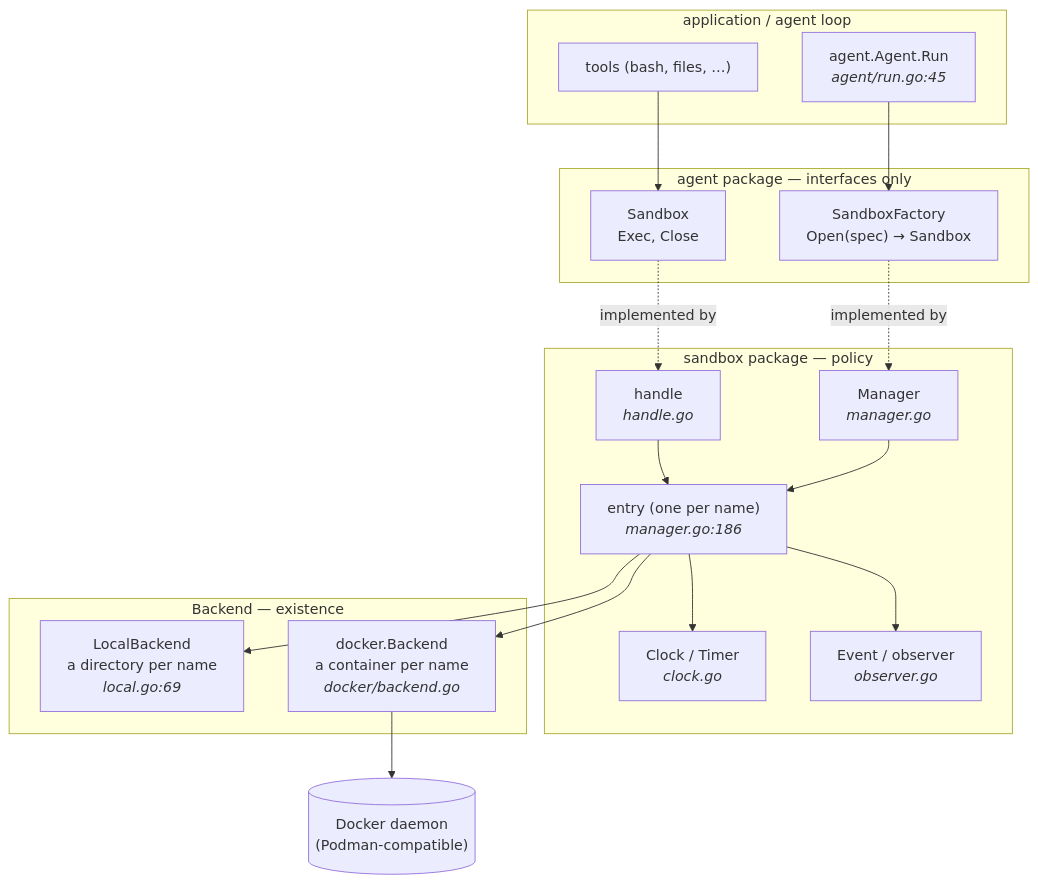
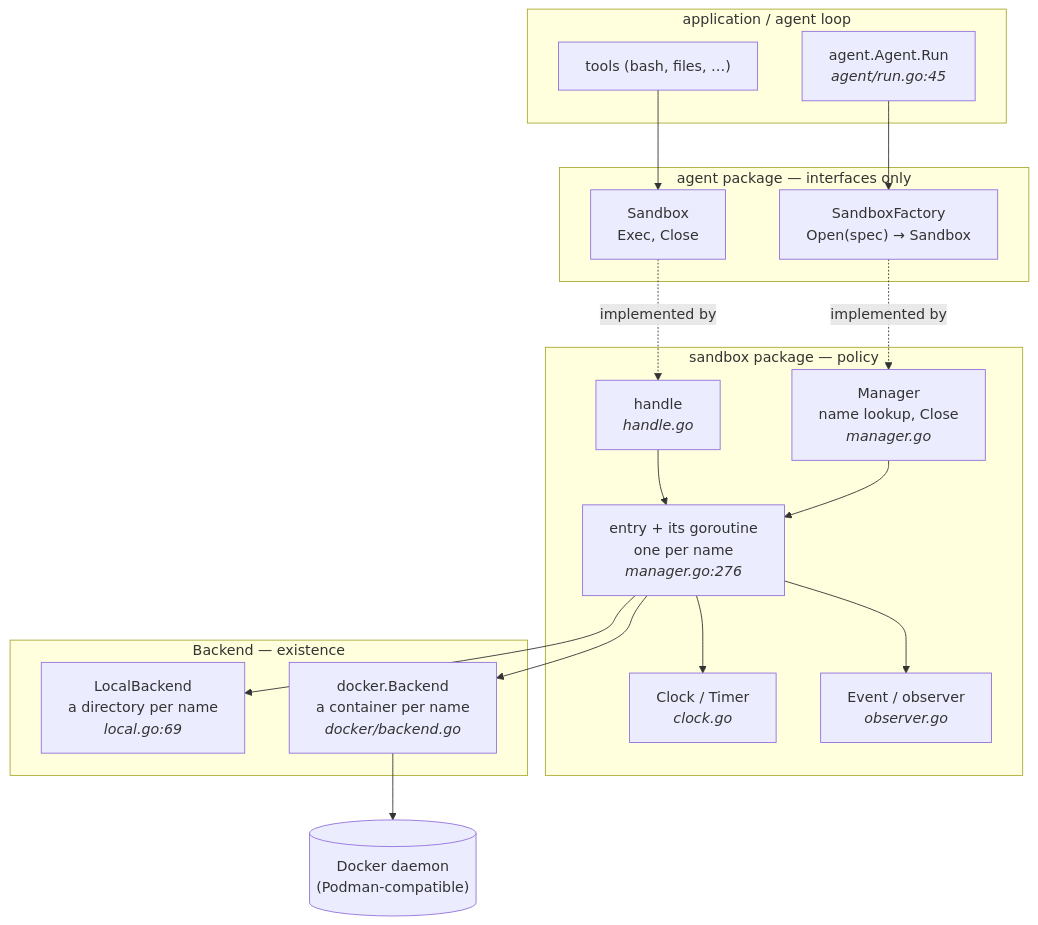
The first of 12 diagrams in docs/sandbox.md (maikdotfi/metaharness), drawn with Mermaid before and after one commit. The commit also changed other lines of this file and 6 other files, not shown here.

````diff
--- a/docs/sandbox.md
+++ b/docs/sandbox.md
@@ -24,37 +24,37 @@
 ```mermaid
 flowchart TB
     subgraph app["application / agent loop"]
         loop["agent.Agent.Run<br/><i>agent/run.go:45</i>"]
         tools["tools (bash, files, …)"]
     end
 
     subgraph iface["agent package — interfaces only"]
         factory["SandboxFactory<br/>Open(spec) → Sandbox"]
         sb["Sandbox<br/>Exec, Close"]
     end
 
     subgraph mgr["sandbox package — policy"]
         handle["handle<br/><i>handle.go</i>"]
-        manager["Manager<br/><i>manager.go</i>"]
-        entry["entry (one per name)<br/><i>manager.go:186</i>"]
+        manager["Manager<br/>name lookup, Close<br/><i>manager.go</i>"]
+        entry["entry + its goroutine<br/>one per name<br/><i>manager.go:276</i>"]
         clock["Clock / Timer<br/><i>clock.go</i>"]
         obs["Event / observer<br/><i>observer.go</i>"]
     end
 
     subgraph back["Backend — existence"]
         local["LocalBackend<br/>a directory per name<br/><i>local.go:69</i>"]
         dock["docker.Backend<br/>a container per name<br/><i>docker/backend.go</i>"]
     end
 
     loop --> factory
     tools --> sb
     factory -.implemented by.-> manager
     sb -.implemented by.-> handle
     handle --> entry
     manager --> entry
     entry --> clock
     entry --> obs
     entry --> local
     entry --> dock
     dock --> daemon[("Docker daemon<br/>(Podman-compatible)")]
 ```
````
